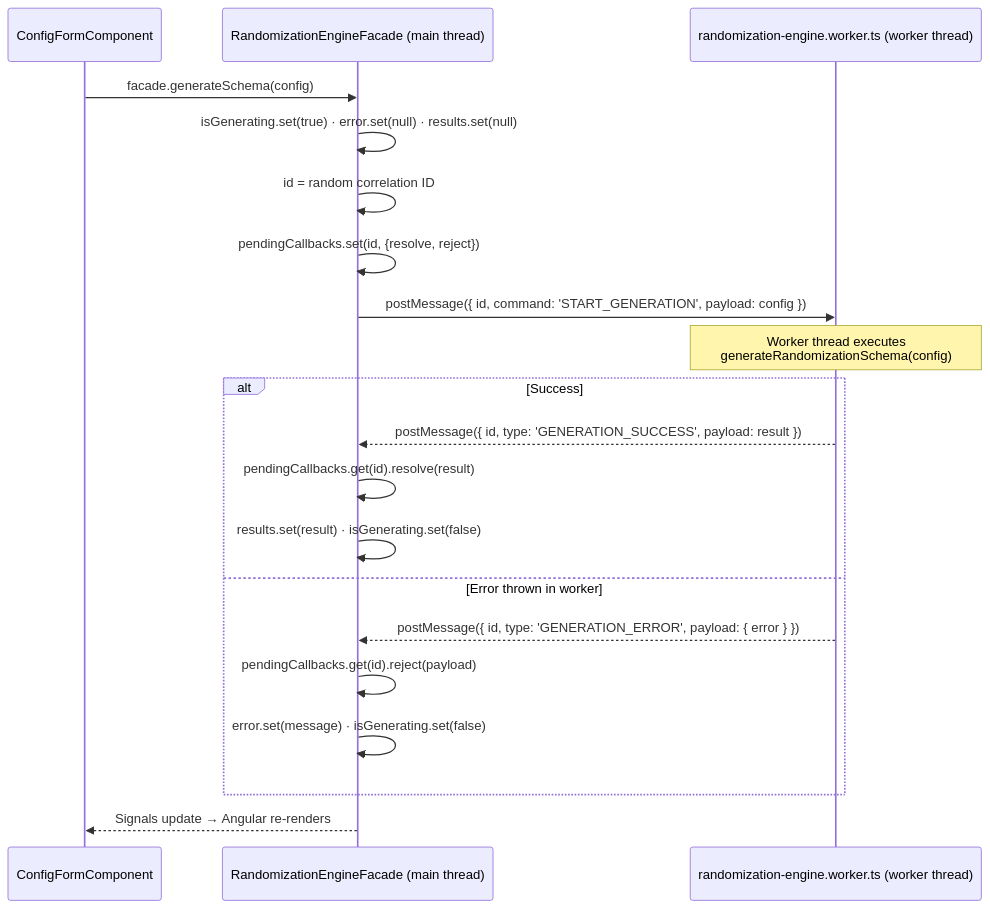
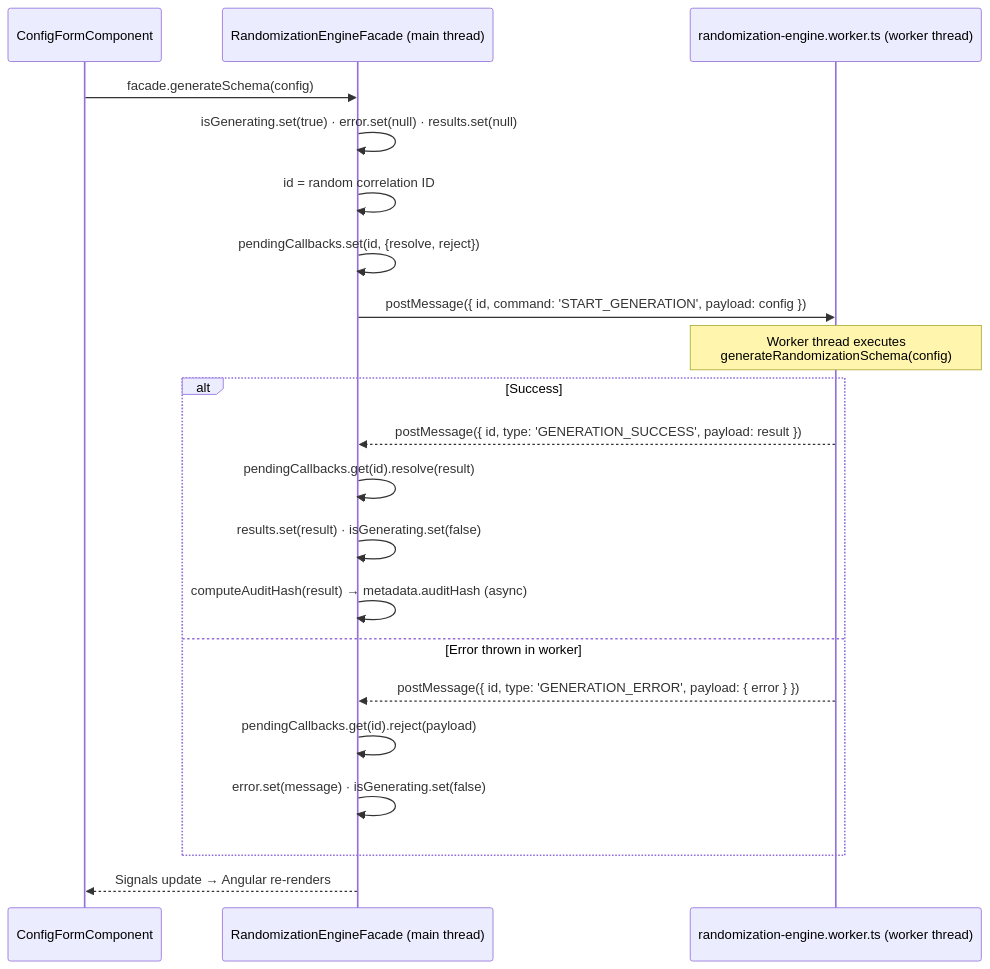
One commit to fderuiter/Equipose changed the fifth of 17 diagrams in docs/ARCHITECTURE.md. Above: the diagram before and after it, drawn with Mermaid. The commit also changed other lines of this file and 5 other files, not shown here.

First line of the commit message:
fix: review 4084891193 — ARIA radiogroup, label for/id, globalCap validators, validateMarginalOnly guard, NaN validation, name-based levelDetails lookup + ARCHITECTURE.md update

````diff
--- a/docs/ARCHITECTURE.md
+++ b/docs/ARCHITECTURE.md
@@ -314,26 +493,27 @@
 ```mermaid
 sequenceDiagram
     participant UI as ConfigFormComponent
     participant FAC as RandomizationEngineFacade (main thread)
     participant WRK as randomization-engine.worker.ts (worker thread)
 
     UI->>FAC: facade.generateSchema(config)
     FAC->>FAC: isGenerating.set(true) · error.set(null) · results.set(null)
     FAC->>FAC: id = random correlation ID
     FAC->>FAC: pendingCallbacks.set(id, {resolve, reject})
     FAC->>WRK: postMessage({ id, command: 'START_GENERATION', payload: config })
 
     Note over WRK: Worker thread executes<br/>generateRandomizationSchema(config)
 
     alt Success
         WRK-->>FAC: postMessage({ id, type: 'GENERATION_SUCCESS', payload: result })
         FAC->>FAC: pendingCallbacks.get(id).resolve(result)
         FAC->>FAC: results.set(result) · isGenerating.set(false)
+        FAC->>FAC: computeAuditHash(result) → metadata.auditHash (async)
     else Error thrown in worker
         WRK-->>FAC: postMessage({ id, type: 'GENERATION_ERROR', payload: { error } })
         FAC->>FAC: pendingCallbacks.get(id).reject(payload)
         FAC->>FAC: error.set(message) · isGenerating.set(false)
     end
 
     FAC-->>UI: Signals update → Angular re-renders
 ```
````
